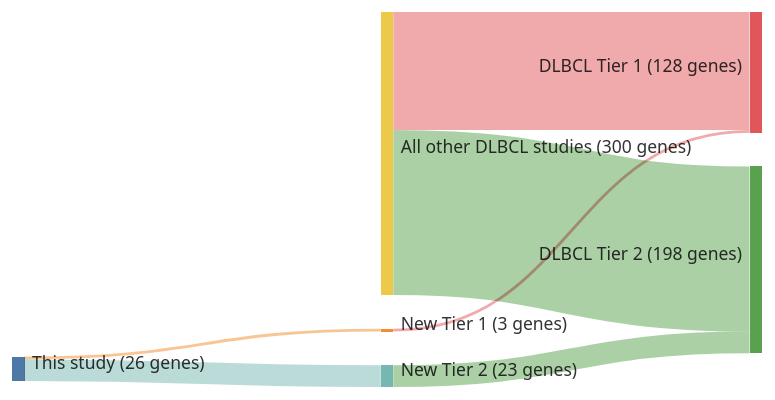
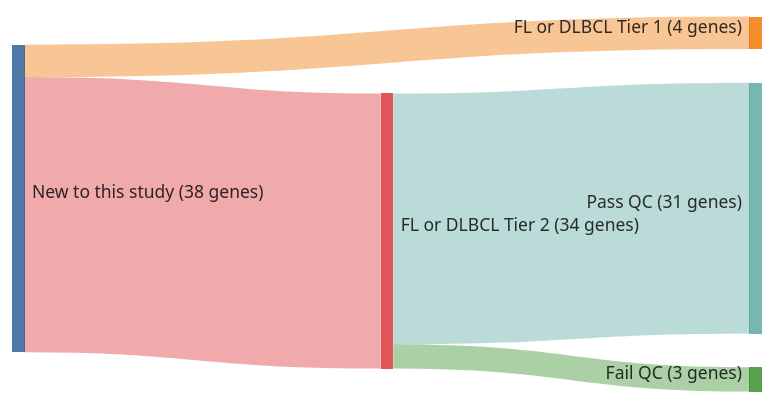
The diagram in papers/hubschmannMutationalMechanismsShaping2021b.md (morinlab/lymphopedia), drawn with Mermaid before and after one commit. The commit also changed other lines of this file, not shown here.

````diff
--- a/papers/hubschmannMutationalMechanismsShaping2021b.md
+++ b/papers/hubschmannMutationalMechanismsShaping2021b.md
@@ -13,20 +14,18 @@
 ```mermaid
 ---
 config:
     sankey:
         showValues: true
         linkColor: target
         width: 600
         height: 300
         nodeAlignment: right
         prefix: '('
         suffix: ' genes)'
 ---
 sankey-beta
-This study, New Tier 1, 3
-New Tier 1, DLBCL Tier 1, 3
-This study, New Tier 2, 23
-New Tier 2, DLBCL Tier 2, 23
-All other DLBCL studies, DLBCL Tier 1, 125
-All other DLBCL studies, DLBCL Tier 2, 175
+New to this study, FL or DLBCL Tier 1, 4
+New to this study, FL or DLBCL Tier 2, 34
+FL or DLBCL Tier 2, Pass QC, 31
+FL or DLBCL Tier 2, Fail QC, 3
 ```
````
